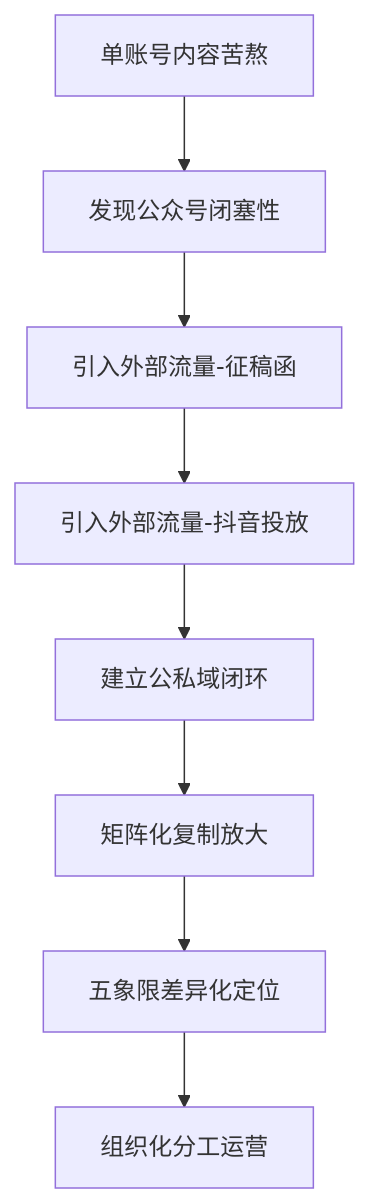
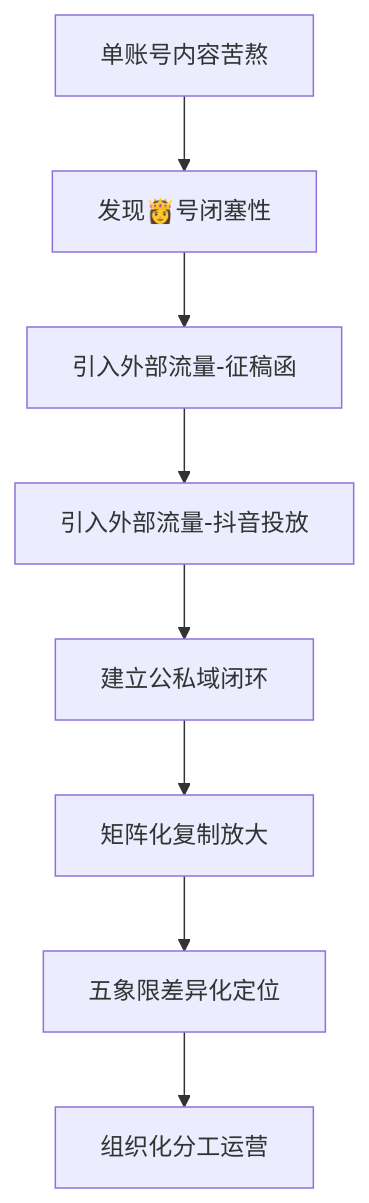
The first of 9 diagrams in docs/202305_paper2textbook/asset/body_fix_b22ada5ac71d40a2f34760abe40e17e3_14558ae1b451ea9a7e80c9747f49caaf_7cce3e3746172f1ac63cbf4de92cfc51_8ce32c74466d024be3051bf7c8a58ccf.md (OpenDocCN1/flygon-zhuanqian-zhoubao), drawn with Mermaid before and after one commit. The commit also changed other lines of this file and 6688 other files, not shown here.

````diff
--- a/docs/202305_paper2textbook/asset/body_fix_b22ada5ac71d40a2f34760abe40e17e3_14558ae1b451ea9a7e80c9747f49caaf_7cce3e3746172f1ac63cbf4de92cfc51_8ce32c74466d024be3051bf7c8a58ccf.md
+++ b/docs/202305_paper2textbook/asset/body_fix_b22ada5ac71d40a2f34760abe40e17e3_14558ae1b451ea9a7e80c9747f49caaf_7cce3e3746172f1ac63cbf4de92cfc51_8ce32c74466d024be3051bf7c8a58ccf.md
@@ -99,10 +99,10 @@
 ```mermaid
 graph TD
-    A[单账号内容苦熬] --> B[发现公众号闭塞性]
+    A[单账号内容苦熬] --> B[发现👸号闭塞性]
     B --> C[引入外部流量-征稿函]
     C --> D[引入外部流量-抖音投放]
     D --> E[建立公私域闭环]
     E --> F[矩阵化复制放大]
     F --> G[五象限差异化定位]
     G --> H[组织化分工运营]
 ```
````
